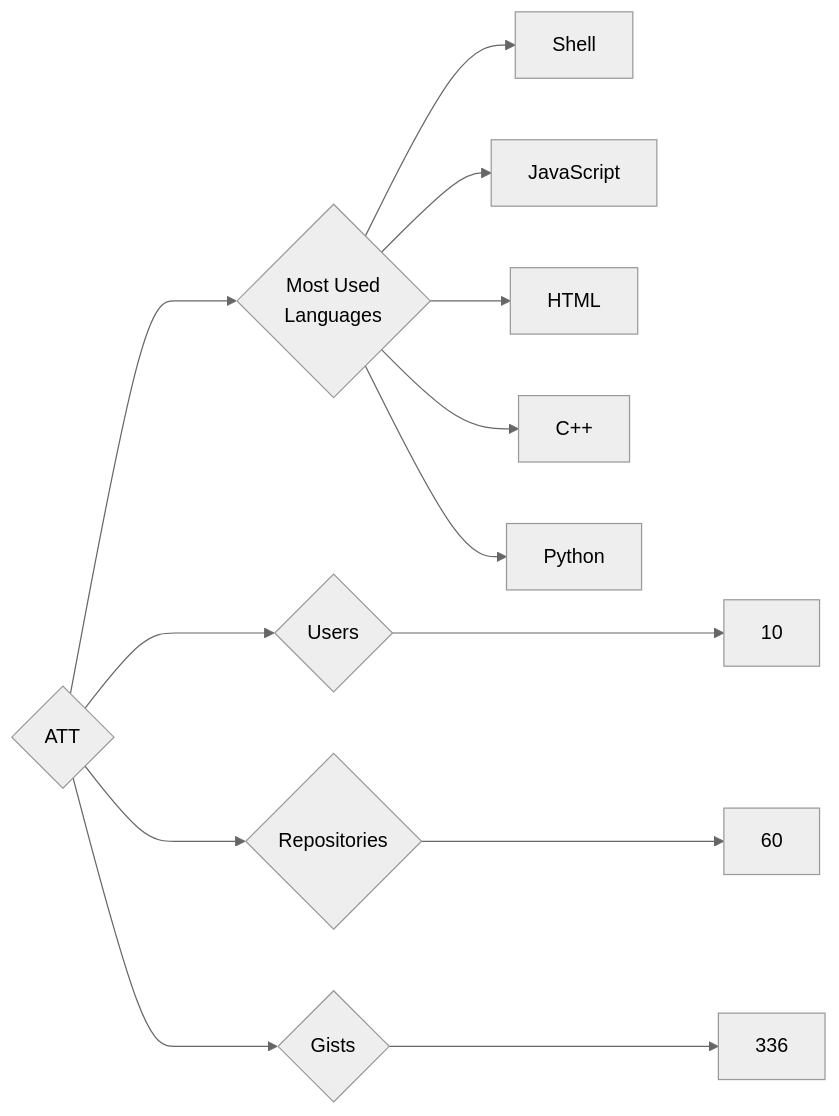
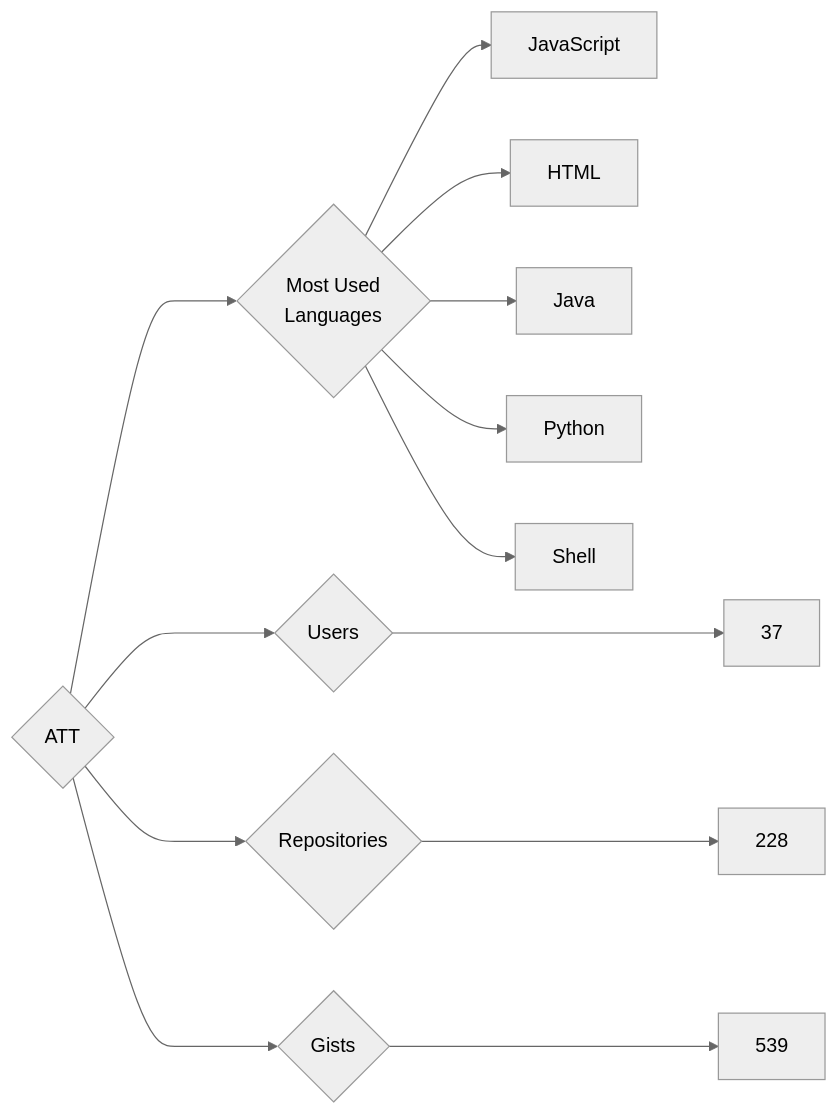
The diagram in targets/ATT/README.md (trickest/insiders), drawn with Mermaid (neutral theme) before and after one commit. The commit also changed 934 other files, not shown here.

````diff
--- a/targets/ATT/README.md
+++ b/targets/ATT/README.md
@@ -3,13 +3,13 @@
 ```mermaid
 graph LR
 COMPANY_NAME{ATT}
-COMPANY_NAME ---> U{Users} ---> UN[10]
-COMPANY_NAME ---> R{Repositories} ---> RN[60]
-COMPANY_NAME ---> G{Gists} ---> GN[336]
+COMPANY_NAME ---> U{Users} ---> UN[37]
+COMPANY_NAME ---> R{Repositories} ---> RN[228]
+COMPANY_NAME ---> G{Gists} ---> GN[539]
 COMPANY_NAME ---> ML{Most Used<br>Languages}
-ML --> Shell[Shell]
 ML --> JavaScript[JavaScript]
 ML --> HTML[HTML]
-ML --> C++[C++]
+ML --> Java[Java]
 ML --> Python[Python]
+ML --> Shell[Shell]
 ```
````
